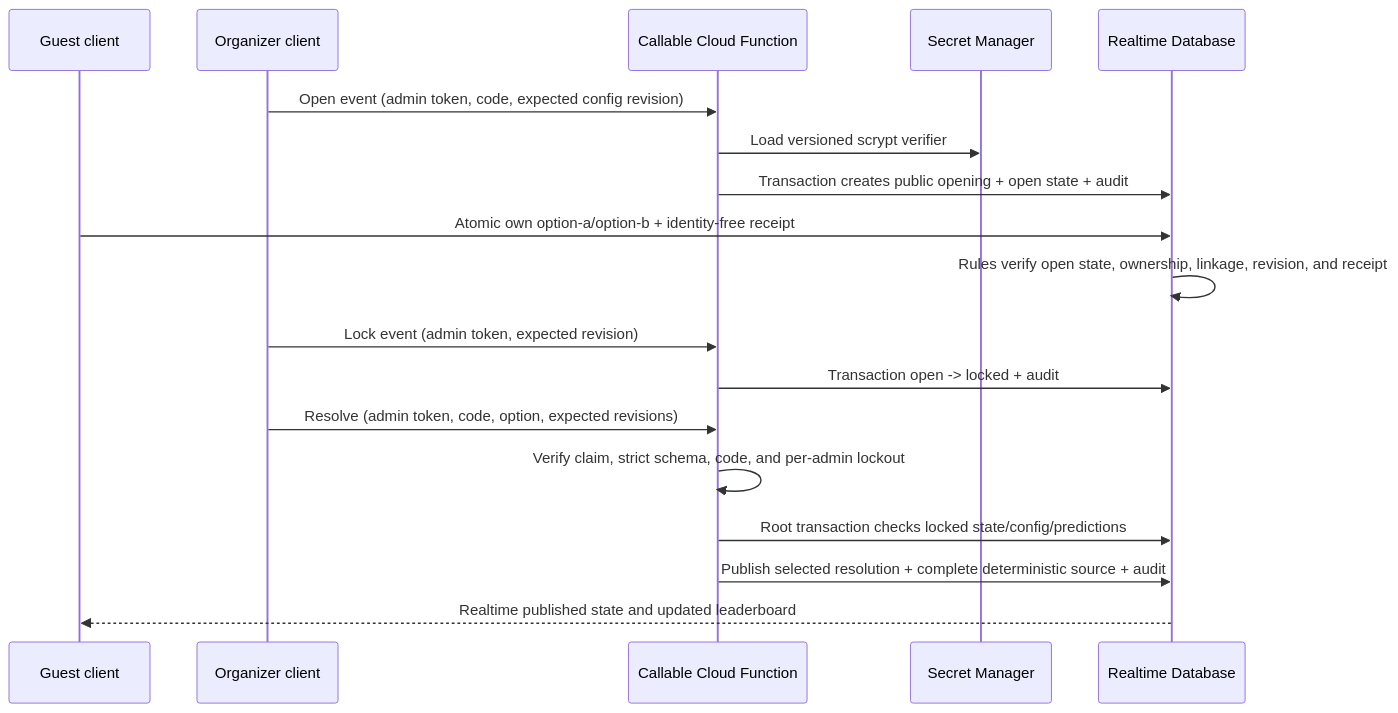
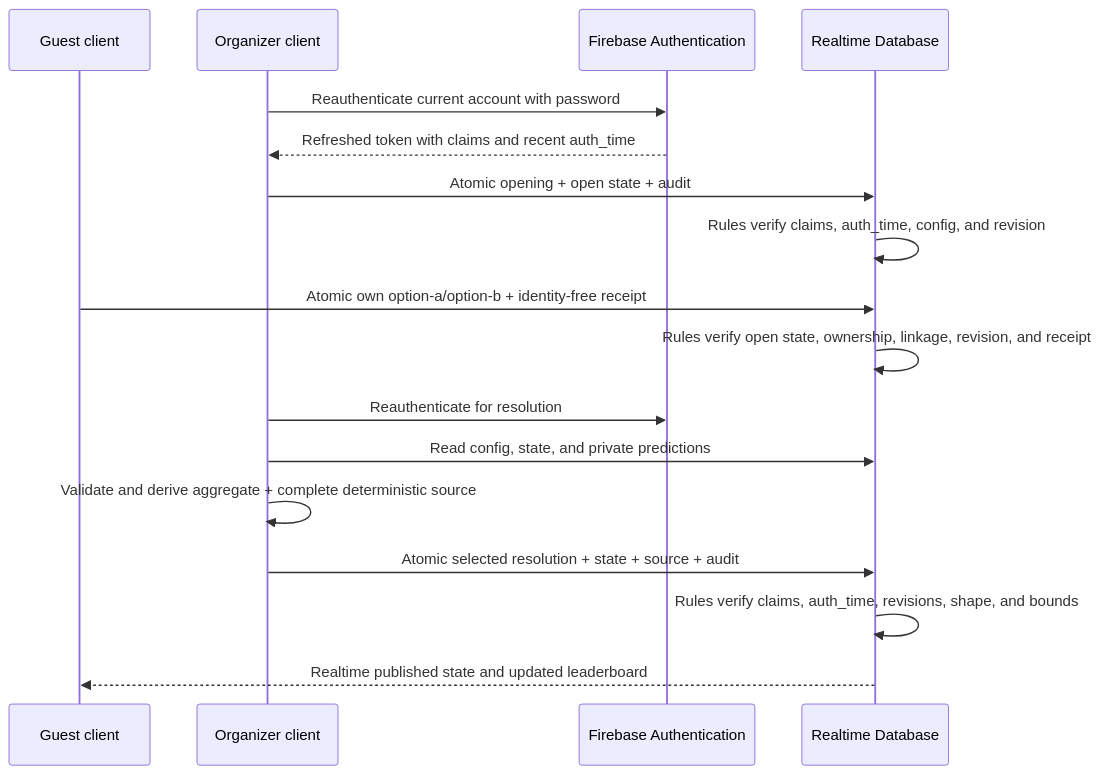
The second of 2 diagrams in docs/security-model.md (so-mb/games-and-castles), drawn with Mermaid before and after one commit. The commit also changed other lines of this file and 58 other files, not shown here.

````diff
--- a/docs/security-model.md
+++ b/docs/security-model.md
@@ -214,20 +202,19 @@
 ```mermaid
 sequenceDiagram
     participant G as Guest client
     participant O as Organizer client
-    participant CF as Callable Cloud Function
-    participant SM as Secret Manager
+    participant A as Firebase Authentication
     participant DB as Realtime Database
-    O->>CF: Open event (admin token, code, expected config revision)
-    CF->>SM: Load versioned scrypt verifier
-    CF->>DB: Transaction creates public opening + open state + audit
+    O->>A: Reauthenticate current account with password
+    A-->>O: Refreshed token with claims and recent auth_time
+    O->>DB: Atomic opening + open state + audit
+    DB->>DB: Rules verify claims, auth_time, config, and revision
     G->>DB: Atomic own option-a/option-b + identity-free receipt
     DB->>DB: Rules verify open state, ownership, linkage, revision, and receipt
-    O->>CF: Lock event (admin token, expected revision)
-    CF->>DB: Transaction open -> locked + audit
-    O->>CF: Resolve (admin token, code, option, expected revisions)
-    CF->>CF: Verify claim, strict schema, code, and per-admin lockout
-    CF->>DB: Root transaction checks locked state/config/predictions
-    CF->>DB: Publish selected resolution + complete deterministic source + audit
+    O->>A: Reauthenticate for resolution
+    O->>DB: Read config, state, and private predictions
+    O->>O: Validate and derive aggregate + complete deterministic source
+    O->>DB: Atomic selected resolution + state + source + audit
+    DB->>DB: Rules verify claims, auth_time, revisions, shape, and bounds
     DB-->>G: Realtime published state and updated leaderboard
 ```
````
